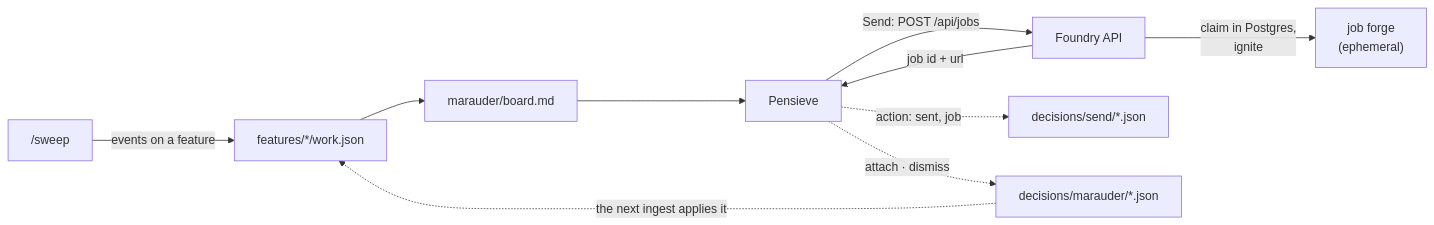
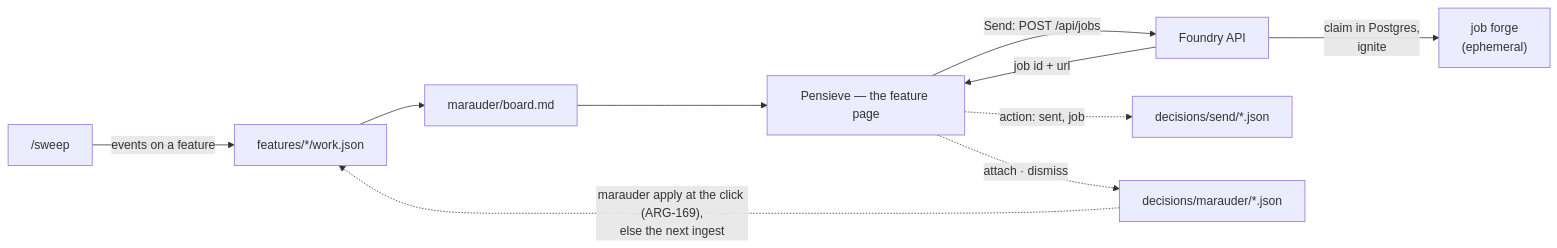
One commit to d0nwong/citadel changed the fourth of 4 diagrams in apps/argus/README.md. Above: the diagram before and after it, drawn with Mermaid. The commit also changed other lines of this file, not shown here.

First line of the commit message:
docs: README's loop diagrams and rows by feature, with marauder apply landed

````diff
--- a/apps/argus/README.md
+++ b/apps/argus/README.md
@@ -286,12 +298,12 @@
 ```mermaid
 flowchart LR
     sweep["/sweep"] -- "events on a feature" --> ws["features/*/work.json"]
     ws --> board["marauder/board.md"]
-    board --> pensieve["Pensieve"]
+    board --> pensieve["Pensieve — the feature page"]
     pensieve -- "Send: POST /api/jobs" --> foundry["Foundry API"]
     foundry -- "job id + url" --> pensieve
     pensieve -. "action: sent, job" .-> decisions["decisions/send/*.json"]
     pensieve -. "attach · dismiss" .-> mdec["decisions/marauder/*.json"]
-    mdec -. "the next ingest applies it" .-> ws
+    mdec -. "marauder apply at the click (ARG-169),<br/>else the next ingest" .-> ws
     foundry -- "claim in Postgres,<br/>ignite" --> forge["job forge<br/>(ephemeral)"]
 ```
````
